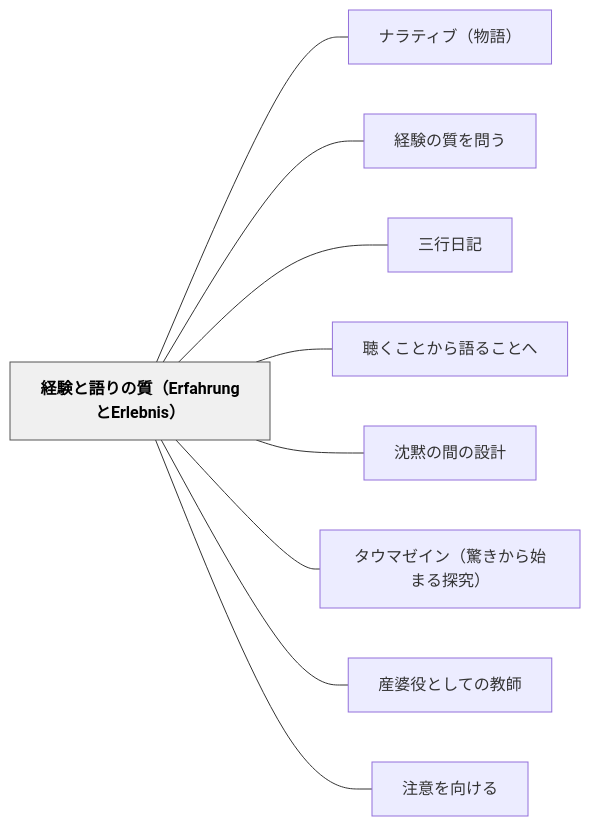
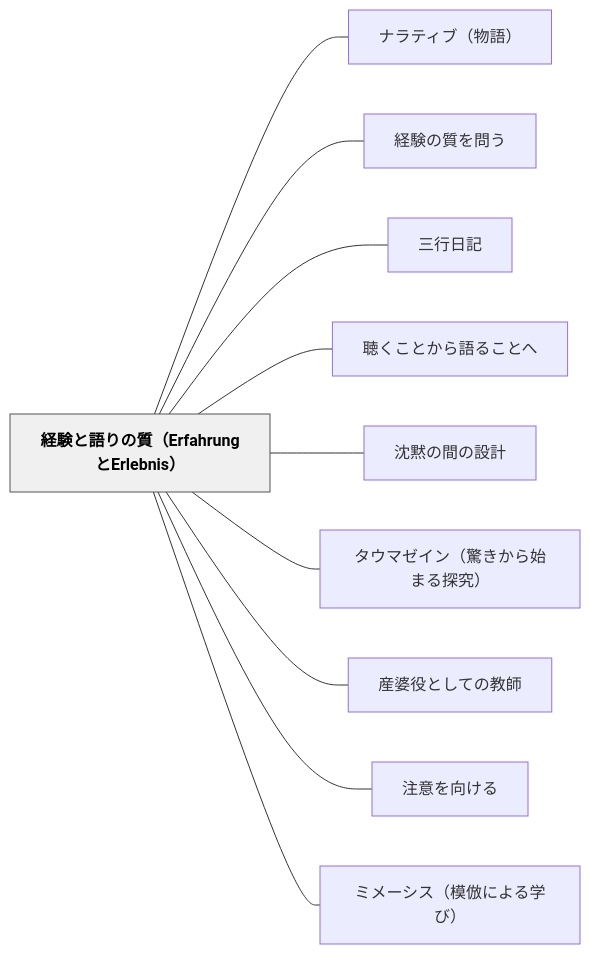
Before and after one commit to unknownthings-ed-patterns/unknownthings-ed-patterns: the diagram in content/パタン/経験と語りの質（ErfahrungとErlebnis）.md, drawn with Mermaid. The commit also changed other lines of this file and 6 other files, not shown here.

````diff
--- a/content/パタン/経験と語りの質（ErfahrungとErlebnis）.md
+++ b/content/パタン/経験と語りの質（ErfahrungとErlebnis）.md
@@ -143,24 +144,26 @@
 ```mermaid
 flowchart LR
     ne7b58ce9a893e381a8e8aa9ee3828ae381aee8b3aaefbc88457266616872756e67e381a845726c65626e6973efbc89["経験と語りの質（ErfahrungとErlebnis）"]
     ne3838ae383a9e38386e382a3e38396efbc88e789a9e8aa9eefbc89["ナラティブ（物語）"]
     ne7b58ce9a893e381aee8b3aae38292e5958fe38186["経験の質を問う"]
     ne4b889e8a18ce697a5e8a898["三行日記"]
     ne881b4e3818fe38193e381a8e3818be38289e8aa9ee3828be38193e381a8e381b8["聴くことから語ることへ"]
     ne6b288e9bb99e381aee99693e381aee8a8ade8a888["沈黙の間の設計"]
     ne382bfe382a6e3839ee382bce382a4e383b3efbc88e9a99ae3818de3818be38289e5a78be381bee3828be68ea2e7a9b6efbc89["タウマゼイン（驚きから始まる探究）"]
     ne794a3e5a986e5bdb9e381a8e38197e381a6e381aee69599e5b8ab["産婆役としての教師"]
     ne6b3a8e6848fe38292e59091e38191e3828b["注意を向ける"]
+    ne3839fe383a1e383bce382b7e382b9efbc88e6a8a1e580a3e381abe38288e3828be5ada6e381b3efbc89["ミメーシス（模倣による学び）"]
 
     ne7b58ce9a893e381a8e8aa9ee3828ae381aee8b3aaefbc88457266616872756e67e381a845726c65626e6973efbc89 --- ne3838ae383a9e38386e382a3e38396efbc88e789a9e8aa9eefbc89
     ne7b58ce9a893e381a8e8aa9ee3828ae381aee8b3aaefbc88457266616872756e67e381a845726c65626e6973efbc89 --- ne7b58ce9a893e381aee8b3aae38292e5958fe38186
     ne7b58ce9a893e381a8e8aa9ee3828ae381aee8b3aaefbc88457266616872756e67e381a845726c65626e6973efbc89 --- ne4b889e8a18ce697a5e8a898
     ne7b58ce9a893e381a8e8aa9ee3828ae381aee8b3aaefbc88457266616872756e67e381a845726c65626e6973efbc89 --- ne881b4e3818fe38193e381a8e3818be38289e8aa9ee3828be38193e381a8e381b8
     ne7b58ce9a893e381a8e8aa9ee3828ae381aee8b3aaefbc88457266616872756e67e381a845726c65626e6973efbc89 --- ne6b288e9bb99e381aee99693e381aee8a8ade8a888
     ne7b58ce9a893e381a8e8aa9ee3828ae381aee8b3aaefbc88457266616872756e67e381a845726c65626e6973efbc89 --- ne382bfe382a6e3839ee382bce382a4e383b3efbc88e9a99ae3818de3818be38289e5a78be381bee3828be68ea2e7a9b6efbc89
     ne7b58ce9a893e381a8e8aa9ee3828ae381aee8b3aaefbc88457266616872756e67e381a845726c65626e6973efbc89 --- ne794a3e5a986e5bdb9e381a8e38197e381a6e381aee69599e5b8ab
     ne7b58ce9a893e381a8e8aa9ee3828ae381aee8b3aaefbc88457266616872756e67e381a845726c65626e6973efbc89 --- ne6b3a8e6848fe38292e59091e38191e3828b
+    ne7b58ce9a893e381a8e8aa9ee3828ae381aee8b3aaefbc88457266616872756e67e381a845726c65626e6973efbc89 --- ne3839fe383a1e383bce382b7e382b9efbc88e6a8a1e580a3e381abe38288e3828be5ada6e381b3efbc89
 
     classDef hub fill:#f0f0f0,stroke:#555,color:#000,font-weight:bold
     class ne7b58ce9a893e381a8e8aa9ee3828ae381aee8b3aaefbc88457266616872756e67e381a845726c65626e6973efbc89 hub
 ```
````
